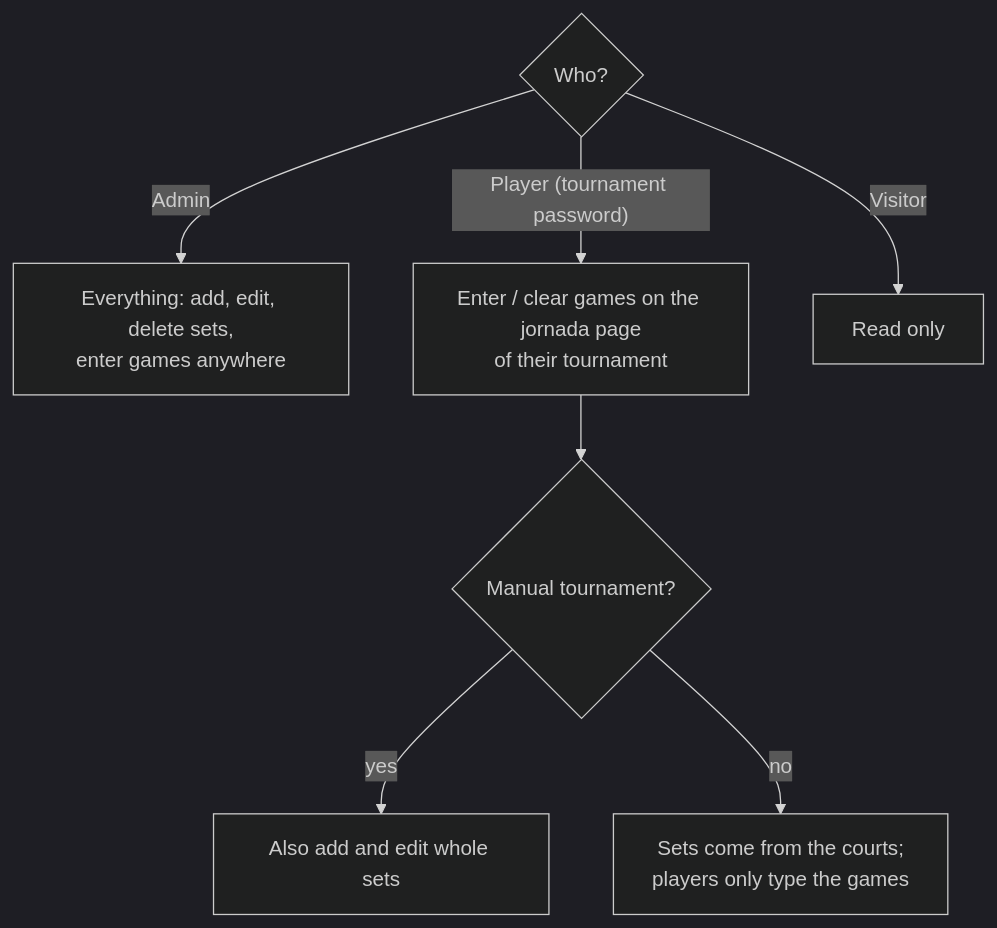
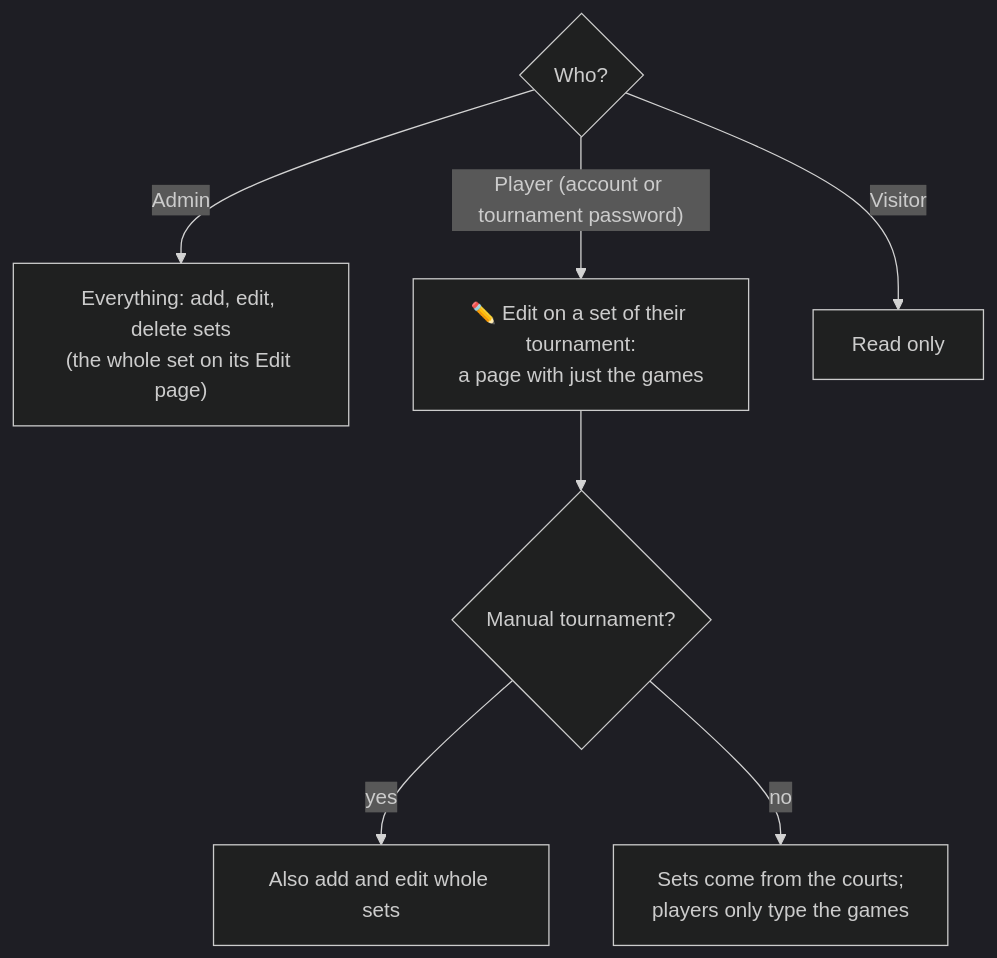
Before and after one commit to Sorrycion/PadelScore: the first of 2 diagrams in docs/processes/SETS.md, drawn with Mermaid (dark theme). The commit also changed other lines of this file and 13 other files, not shown here.

First line of the commit message:
Home is the login, then your next sets and tournaments; results only via Edit

````diff
--- a/docs/processes/SETS.md
+++ b/docs/processes/SETS.md
@@ -9,9 +9,9 @@
 ```mermaid
 flowchart TD
-    A{Who?} -- Admin --> B["Everything: add, edit, delete sets,<br/>enter games anywhere"]
-    A -- "Player (tournament password)" --> C["Enter / clear games on the jornada page<br/>of their tournament"]
+    A{Who?} -- Admin --> B["Everything: add, edit, delete sets<br/>(the whole set on its Edit page)"]
+    A -- "Player (account or tournament password)" --> C["✏️ Edit on a set of their tournament:<br/>a page with just the games"]
     C --> D{Manual tournament?}
     D -- yes --> E[Also add and edit whole sets]
     D -- no --> F["Sets come from the courts;<br/>players only type the games"]
     A -- Visitor --> G[Read only]
 ```
````
